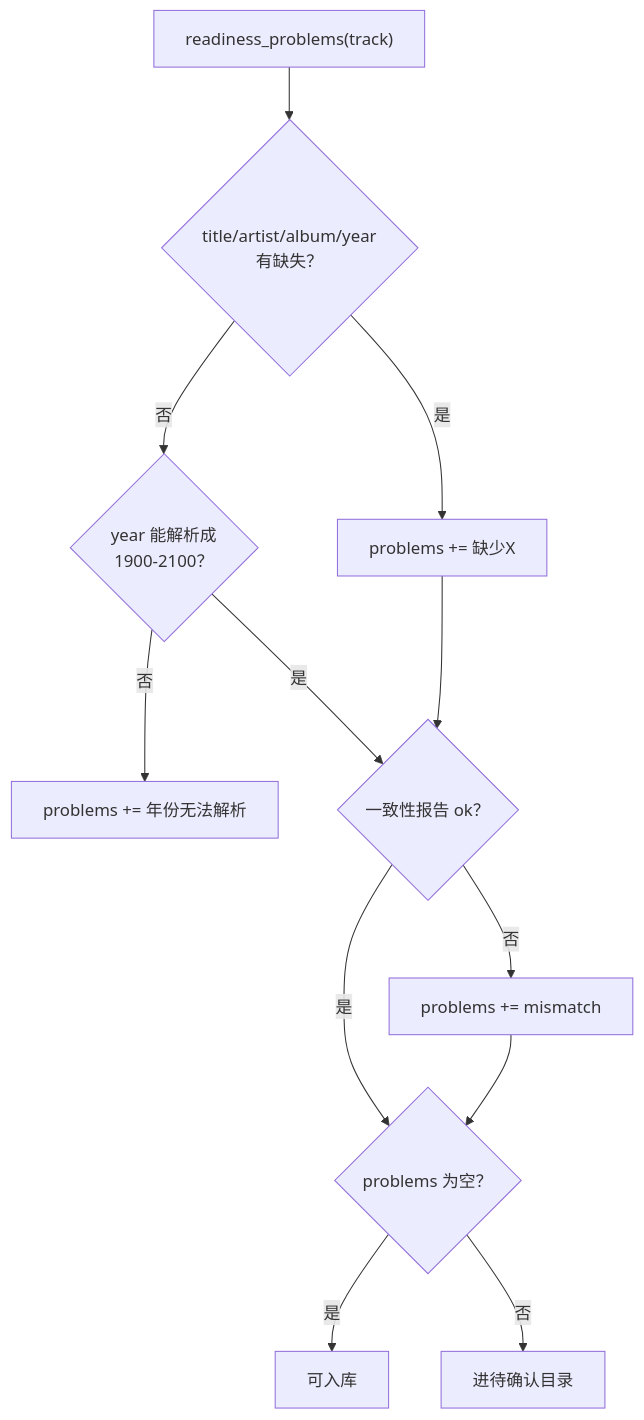
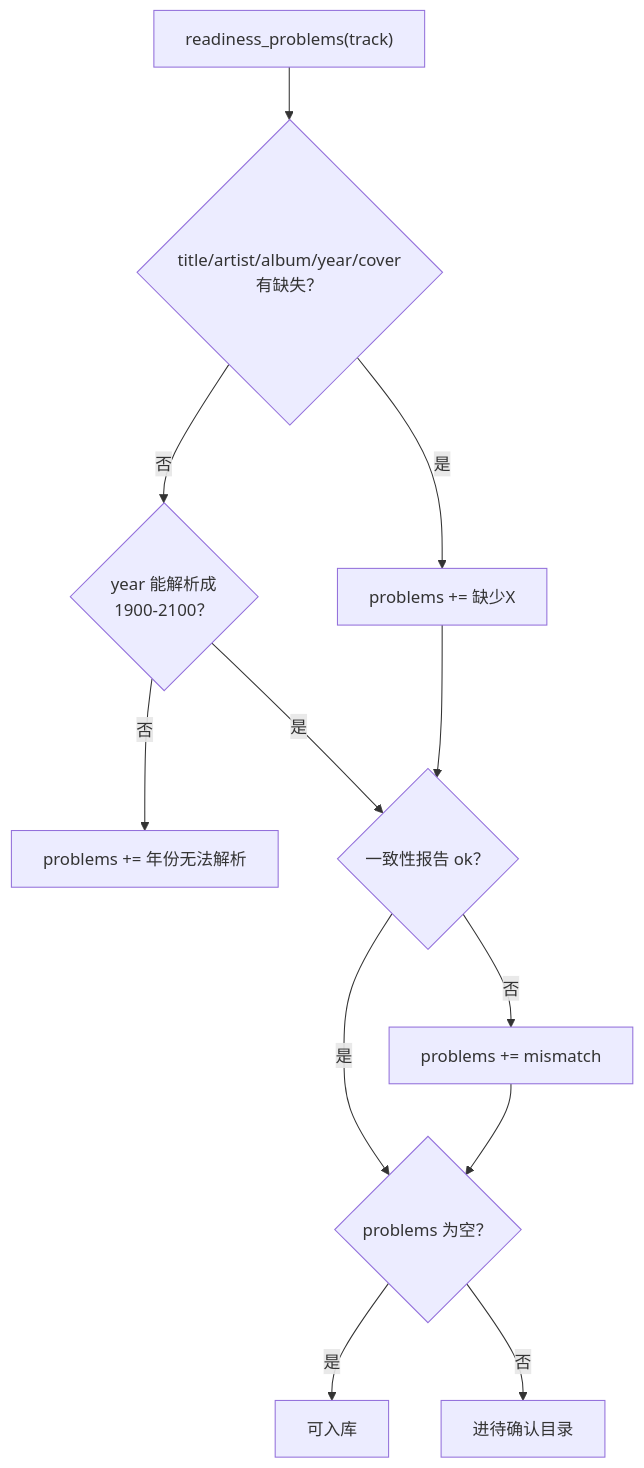
One commit to asdfgh129/music_helper changed diagram 12 of 21 in docs/algorithms.md. Above: the diagram before and after it, drawn with Mermaid. The commit also changed other lines of this file and 13 other files, not shown here.

````diff
--- a/docs/algorithms.md
+++ b/docs/algorithms.md
@@ -568,14 +570,14 @@
 ```mermaid
 flowchart TD
-    A["readiness_problems(track)"] --> B{"title/artist/album/year<br/>有缺失？"}
+    A["readiness_problems(track)"] --> B{"title/artist/album/year/cover<br/>有缺失？"}
     B -->|是| C["problems += 缺少X"]
     B -->|否| D{"year 能解析成<br/>1900-2100？"}
     D -->|否| E["problems += 年份无法解析"]
     D -->|是| F{"一致性报告 ok？"}
     C --> F
     F -->|否| G["problems += mismatch"]
     F -->|是| H{"problems 为空？"}
     G --> H
     H -->|是| I["可入库"]
     H -->|否| J["进待确认目录"]
 ```
````
